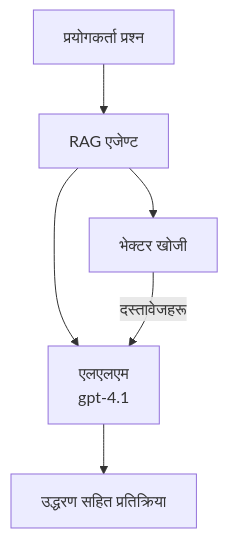
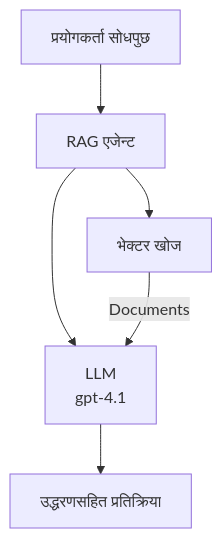
The second of 3 diagrams in translations/ne/docs/chapter-02-ai-development/agents.md (microsoft/AZD-for-beginners), drawn with Mermaid before and after one commit. The commit also changed other lines of this file and 62 other files, not shown here.

````diff
--- a/translations/ne/docs/chapter-02-ai-development/agents.md
+++ b/translations/ne/docs/chapter-02-ai-development/agents.md
@@ -181,8 +181,8 @@
 ```mermaid
 graph TD
-    Query[प्रयोगकर्ता प्रश्न] --> RAG[RAG एजेण्ट]
-    RAG --> Vector[भेक्टर खोजी]
-    RAG --> LLM[एलएलएम<br/>gpt-4.1]
-    Vector -- दस्तावेजहरू --> LLM
-    LLM --> Response[उद्धरण सहित प्रतिक्रिया]
+    Query[प्रयोगकर्ता सोधपुछ] --> RAG[RAG एजेन्ट]
+    RAG --> Vector[भेक्टर खोज]
+    RAG --> LLM[LLM<br/>gpt-4.1]
+    Vector -- Documents --> LLM
+    LLM --> Response[उद्धरणसहित प्रतिक्रिया]
 ```
````
